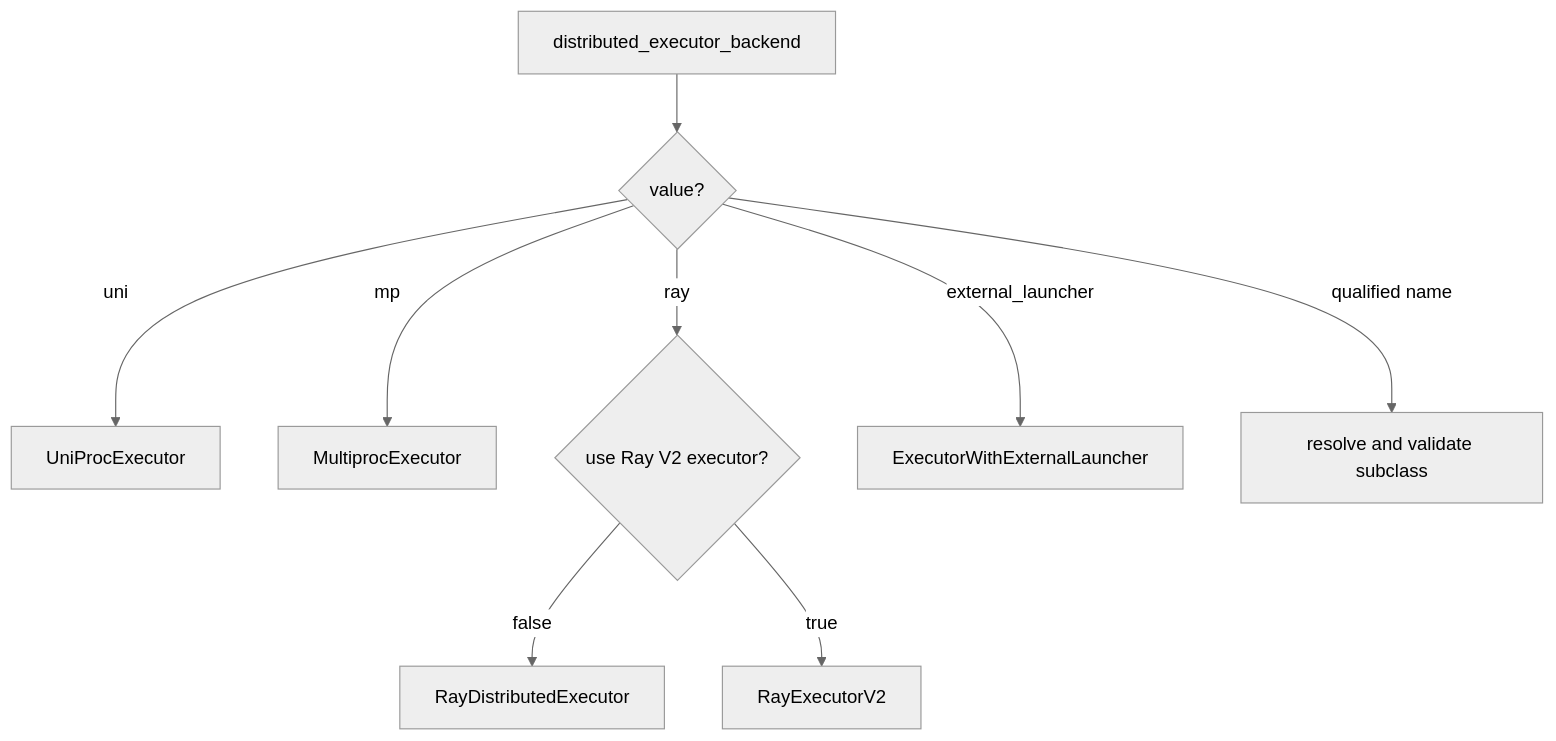
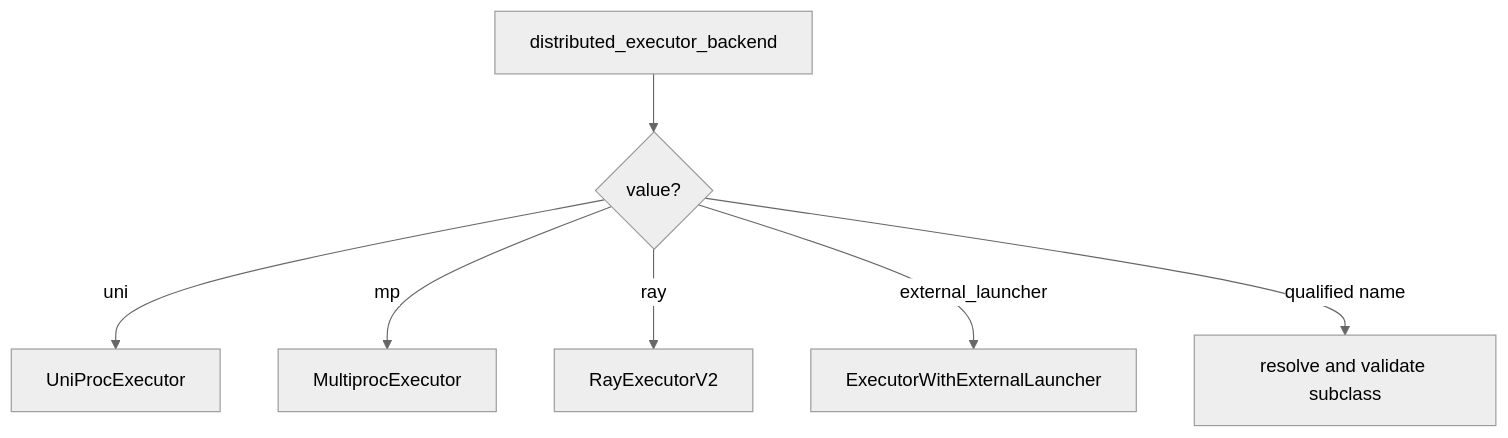
Before and after one commit to cluster1900/vllm_reader: the fourth of 43 diagrams in book/07-model-execution/README.md, drawn with Mermaid (neutral theme). The commit also changed other lines of this file and 3 other files, not shown here.

````diff
--- a/book/07-model-execution/README.md
+++ b/book/07-model-execution/README.md
@@ -201,11 +207,9 @@
 ```mermaid
 flowchart TD
     B["distributed_executor_backend"] --> UNI{"value?"}
     UNI -->|uni| U["UniProcExecutor"]
     UNI -->|mp| M["MultiprocExecutor"]
-    UNI -->|ray| RV{"use Ray V2 executor?"}
-    RV -->|false| R1["RayDistributedExecutor"]
-    RV -->|true| R2["RayExecutorV2"]
+    UNI -->|ray| R2["RayExecutorV2"]
     UNI -->|external_launcher| X["ExecutorWithExternalLauncher"]
     UNI -->|qualified name| O["resolve and validate subclass"]
 ```
````
